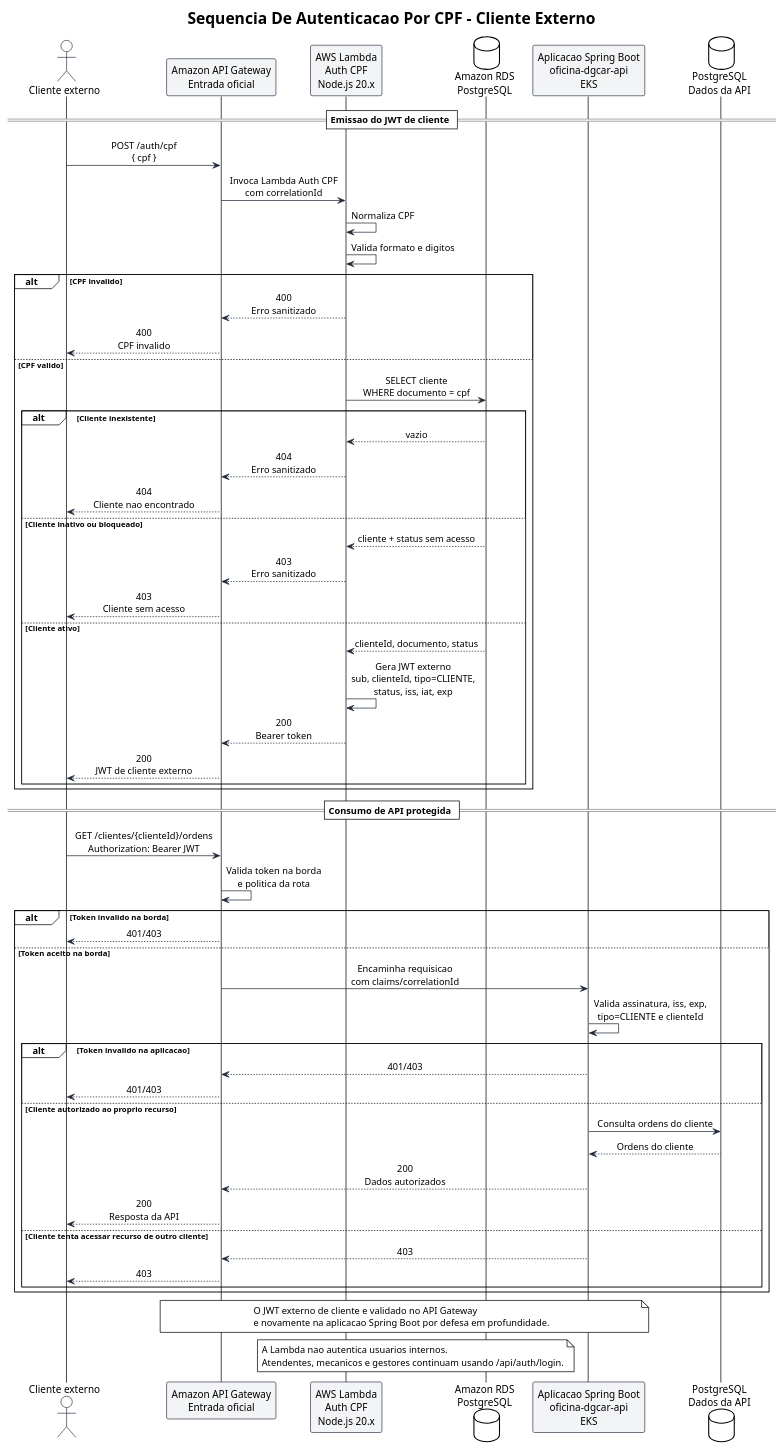
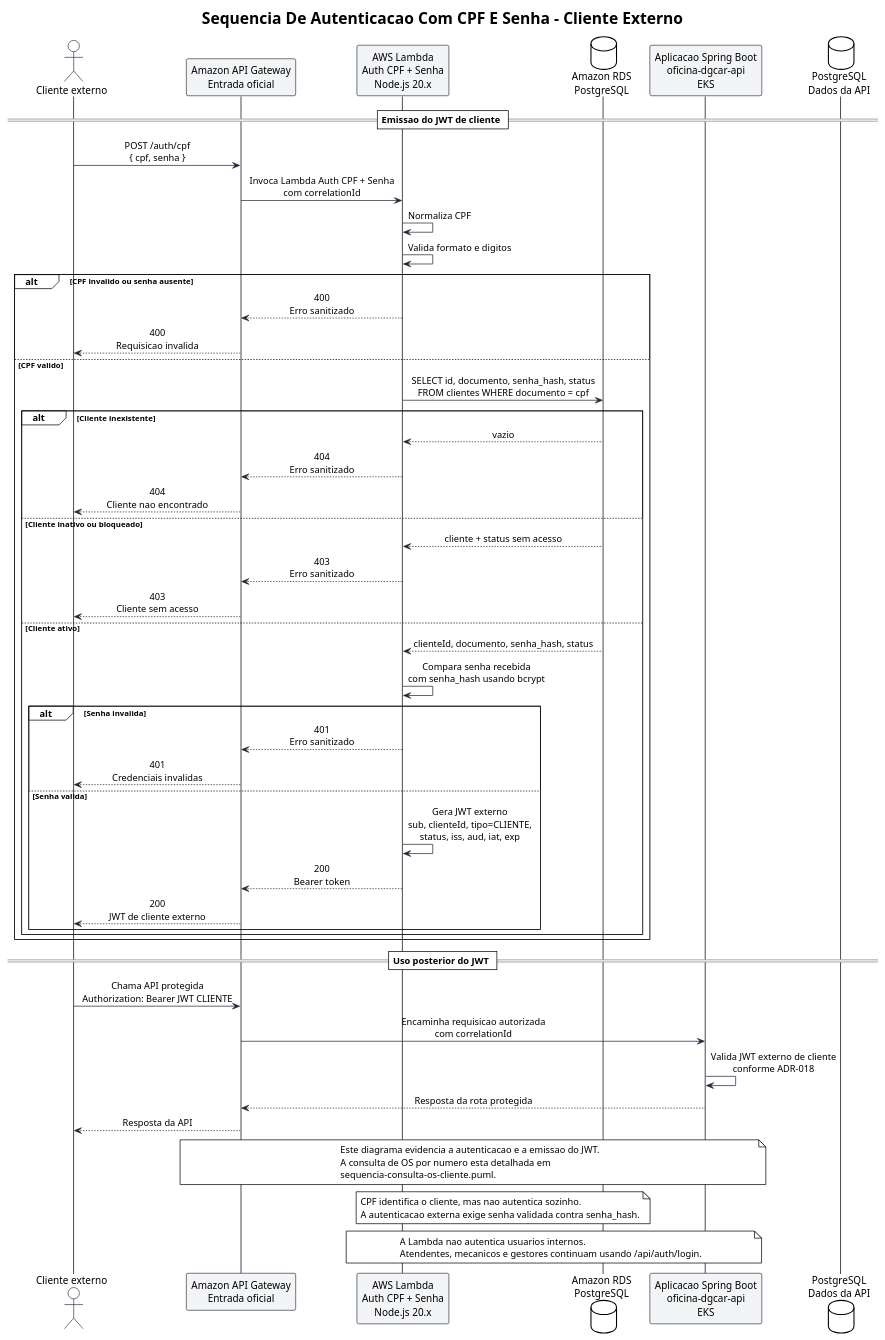
The diagram in docs/arquitetura/auth-cpf-sequence.puml (techdgconsulting/oficina-dgcar-docs), drawn with PlantUML before and after one commit. The commit also changed 35 other files, not shown here.

Commit message:
docs: consolida arquitetura auth cpf senha

```diff
--- a/docs/arquitetura/auth-cpf-sequence.puml
+++ b/docs/arquitetura/auth-cpf-sequence.puml
@@ -1,83 +1,79 @@
 @startuml auth-cpf-sequence
 !theme plain
 skinparam backgroundColor #FFFFFF
 skinparam shadowing false
 skinparam sequenceMessageAlign center
 skinparam ArrowColor #1F2937
 skinparam ParticipantBorderColor #374151
 skinparam ParticipantBackgroundColor #F3F4F6
 skinparam ActorBorderColor #374151
 skinparam ActorBackgroundColor #FFFFFF
 
-title Sequencia De Autenticacao Por CPF - Cliente Externo
+title Sequencia De Autenticacao Com CPF E Senha - Cliente Externo
 
 actor "Cliente externo" as Cliente
 participant "Amazon API Gateway\nEntrada oficial" as Gateway
-participant "AWS Lambda\nAuth CPF\nNode.js 20.x" as Lambda
+participant "AWS Lambda\nAuth CPF + Senha\nNode.js 20.x" as Lambda
 database "Amazon RDS\nPostgreSQL" as RDS
 participant "Aplicacao Spring Boot\noficina-dgcar-api\nEKS" as API
 database "PostgreSQL\nDados da API" as DB
 
 == Emissao do JWT de cliente ==
 
-Cliente -> Gateway: POST /auth/cpf\n{ cpf }
-Gateway -> Lambda: Invoca Lambda Auth CPF\ncom correlationId
+Cliente -> Gateway: POST /auth/cpf\n{ cpf, senha }
+Gateway -> Lambda: Invoca Lambda Auth CPF + Senha\ncom correlationId
 Lambda -> Lambda: Normaliza CPF
 Lambda -> Lambda: Valida formato e digitos
 
-alt CPF invalido
+alt CPF invalido ou senha ausente
     Lambda --> Gateway: 400\nErro sanitizado
-    Gateway --> Cliente: 400\nCPF invalido
+    Gateway --> Cliente: 400\nRequisicao invalida
 else CPF valido
-    Lambda -> RDS: SELECT cliente\nWHERE documento = cpf
+    Lambda -> RDS: SELECT id, documento, senha_hash, status\nFROM clientes WHERE documento = cpf
     alt Cliente inexistente
         RDS --> Lambda: vazio
         Lambda --> Gateway: 404\nErro sanitizado
         Gateway --> Cliente: 404\nCliente nao encontrado
     else Cliente inativo ou bloqueado
         RDS --> Lambda: cliente + status sem acesso
         Lambda --> Gateway: 403\nErro sanitizado
         Gateway --> Cliente: 403\nCliente sem acesso
     else Cliente ativo
-        RDS --> Lambda: clienteId, documento, status
-        Lambda -> Lambda: Gera JWT externo\nsub, clienteId, tipo=CLIENTE,\nstatus, iss, iat, exp
-        Lambda --> Gateway: 200\nBearer token
-        Gateway --> Cliente: 200\nJWT de cliente externo
+        RDS --> Lambda: clienteId, documento, senha_hash, status
+        Lambda -> Lambda: Compara senha recebida\ncom senha_hash usando bcrypt
+        alt Senha invalida
+            Lambda --> Gateway: 401\nErro sanitizado
+            Gateway --> Cliente: 401\nCredenciais invalidas
+        else Senha valida
+            Lambda -> Lambda: Gera JWT externo\nsub, clienteId, tipo=CLIENTE,\nstatus, iss, aud, iat, exp
+            Lambda --> Gateway: 200\nBearer token
+            Gateway --> Cliente: 200\nJWT de cliente externo
+        end
     end
 end
 
-== Consumo de API protegida ==
+== Uso posterior do JWT ==
 
-Cliente -> Gateway: GET /clientes/{clienteId}/ordens\nAuthorization: Bearer JWT
-Gateway -> Gateway: Valida token na borda\ne politica da rota
-
-alt Token invalido na borda
-    Gateway --> Cliente: 401/403
-else Token aceito na borda
-    Gateway -> API: Encaminha requisicao\ncom claims/correlationId
-    API -> API: Valida assinatura, iss, exp,\ntipo=CLIENTE e clienteId
-    alt Token invalido na aplicacao
-        API --> Gateway: 401/403
-        Gateway --> Cliente: 401/403
-    else Cliente autorizado ao proprio recurso
-        API -> DB: Consulta ordens do cliente
-        DB --> API: Ordens do cliente
-        API --> Gateway: 200\nDados autorizados
-        Gateway --> Cliente: 200\nResposta da API
-    else Cliente tenta acessar recurso de outro cliente
-        API --> Gateway: 403
-        Gateway --> Cliente: 403
-    end
-end
+Cliente -> Gateway: Chama API protegida\nAuthorization: Bearer JWT CLIENTE
+Gateway -> API: Encaminha requisicao autorizada\ncom correlationId
+API -> API: Valida JWT externo de cliente\nconforme ADR-018
+API --> Gateway: Resposta da rota protegida
+Gateway --> Cliente: Resposta da API
 
 note over Gateway,API
-  O JWT externo de cliente e validado no API Gateway
-  e novamente na aplicacao Spring Boot por defesa em profundidade.
+  Este diagrama evidencia a autenticacao e a emissao do JWT.
+  A consulta de OS por numero esta detalhada em
+  sequencia-consulta-os-cliente.puml.
 end note
 
 note over Lambda,RDS
+  CPF identifica o cliente, mas nao autentica sozinho.
+  A autenticacao externa exige senha validada contra senha_hash.
+end note
+
+note over Lambda,API
   A Lambda nao autentica usuarios internos.
   Atendentes, mecanicos e gestores continuam usando /api/auth/login.
 end note
 
 @enduml
```
